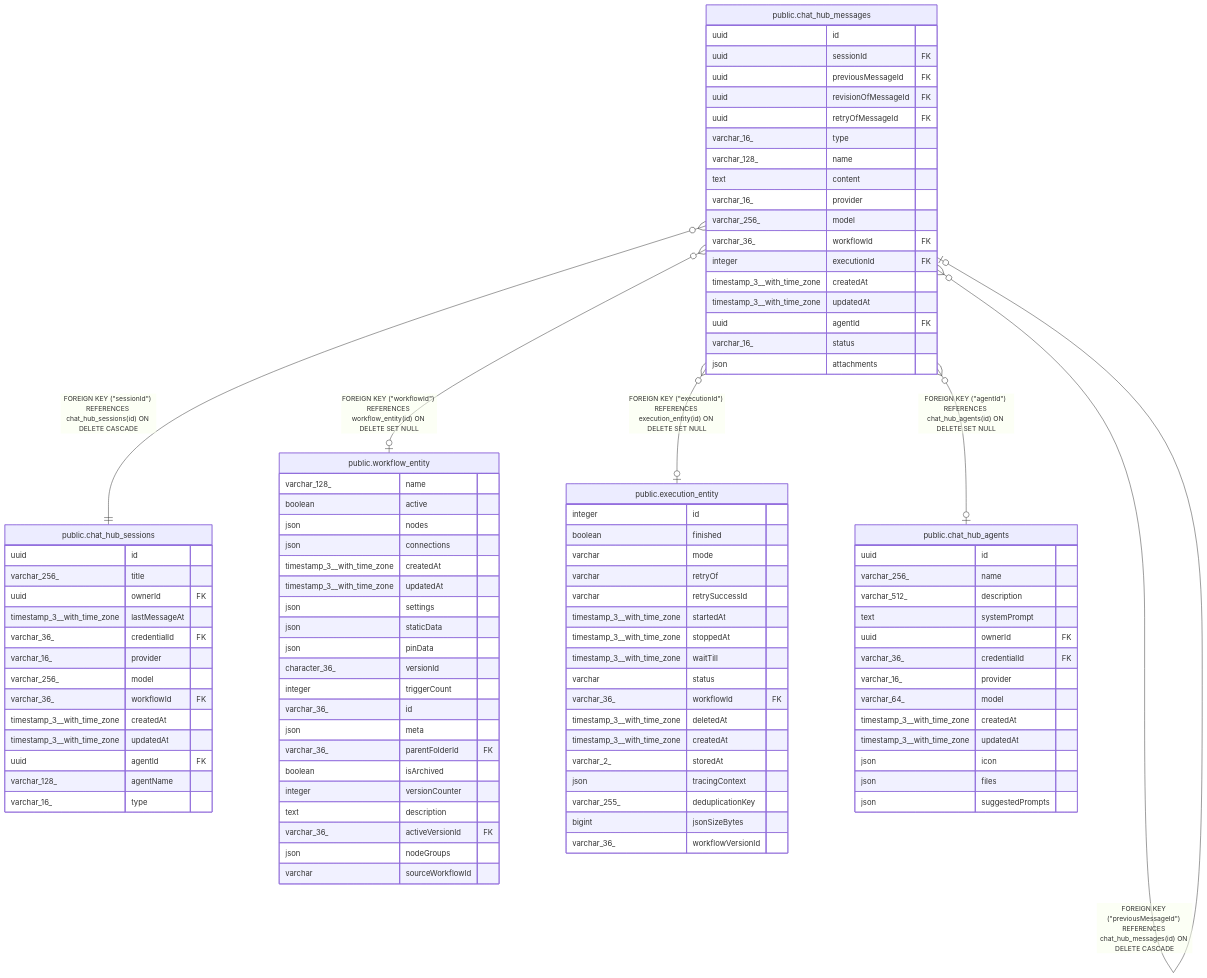
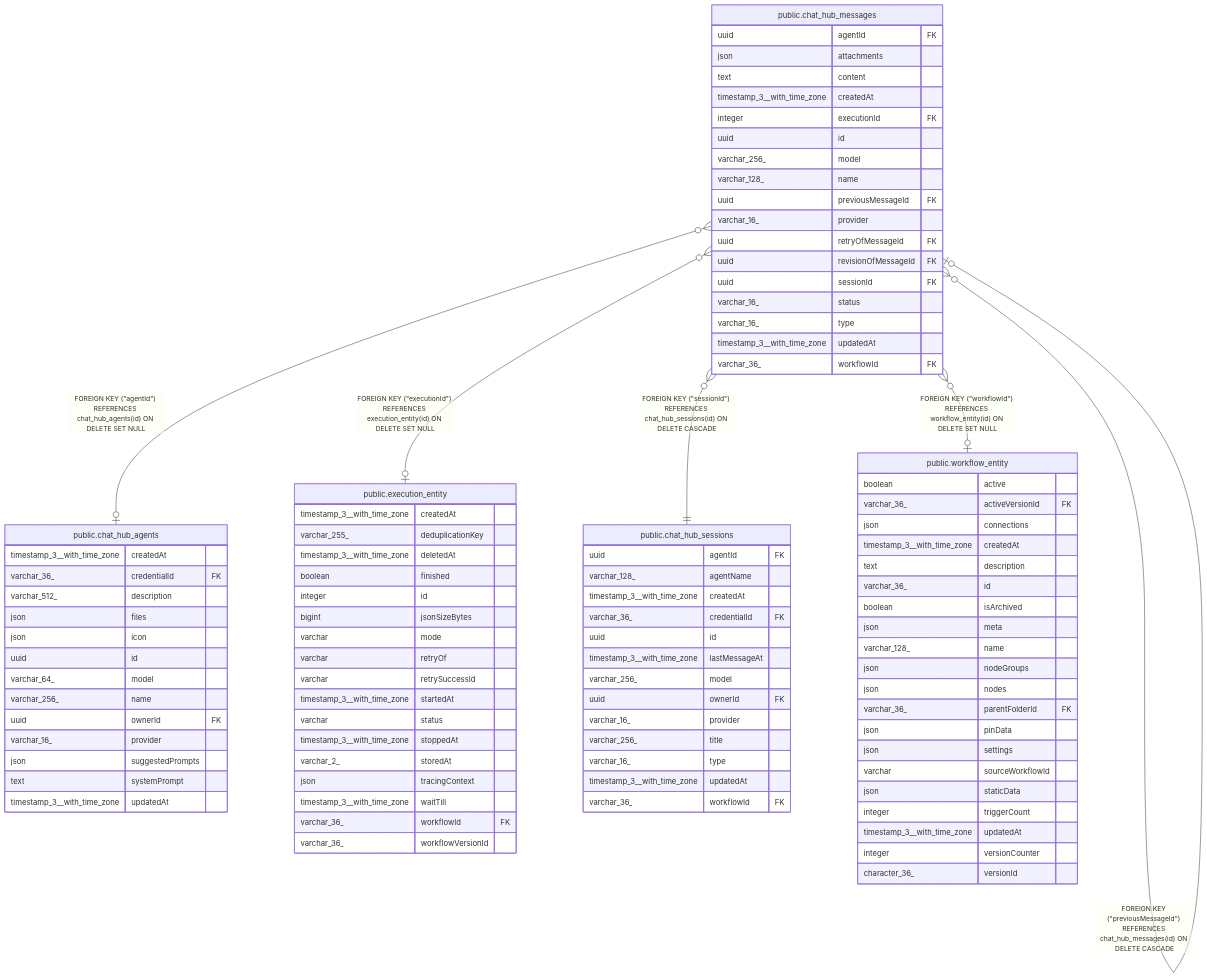
The diagram in docs/generated/postgres-schema/public.chat_hub_messages.md (mayankjain1815-commits/n8n), drawn with Mermaid before and after one commit. The commit also changed other lines of this file and 221 other files, not shown here.

Commit message:
chore(core): Make DB schema docs generation deterministic (#32373)

````diff
--- a/docs/generated/postgres-schema/public.chat_hub_messages.md
+++ b/docs/generated/postgres-schema/public.chat_hub_messages.md
@@ -55,102 +55,102 @@
 ```mermaid
 erDiagram
 
+"public.chat_hub_messages" }o--o| "public.chat_hub_agents" : "FOREIGN KEY (#quot;agentId#quot;) REFERENCES chat_hub_agents(id) ON DELETE SET NULL"
+"public.chat_hub_messages" }o--o| "public.execution_entity" : "FOREIGN KEY (#quot;executionId#quot;) REFERENCES execution_entity(id) ON DELETE SET NULL"
 "public.chat_hub_messages" }o--o| "public.chat_hub_messages" : "FOREIGN KEY (#quot;revisionOfMessageId#quot;) REFERENCES chat_hub_messages(id) ON DELETE CASCADE"
 "public.chat_hub_messages" }o--o| "public.chat_hub_messages" : "FOREIGN KEY (#quot;retryOfMessageId#quot;) REFERENCES chat_hub_messages(id) ON DELETE CASCADE"
 "public.chat_hub_messages" }o--o| "public.chat_hub_messages" : "FOREIGN KEY (#quot;previousMessageId#quot;) REFERENCES chat_hub_messages(id) ON DELETE CASCADE"
 "public.chat_hub_messages" }o--|| "public.chat_hub_sessions" : "FOREIGN KEY (#quot;sessionId#quot;) REFERENCES chat_hub_sessions(id) ON DELETE CASCADE"
 "public.chat_hub_messages" }o--o| "public.workflow_entity" : "FOREIGN KEY (#quot;workflowId#quot;) REFERENCES workflow_entity(id) ON DELETE SET NULL"
-"public.chat_hub_messages" }o--o| "public.execution_entity" : "FOREIGN KEY (#quot;executionId#quot;) REFERENCES execution_entity(id) ON DELETE SET NULL"
-"public.chat_hub_messages" }o--o| "public.chat_hub_agents" : "FOREIGN KEY (#quot;agentId#quot;) REFERENCES chat_hub_agents(id) ON DELETE SET NULL"
 
 "public.chat_hub_messages" {
+  uuid agentId FK
+  json attachments
+  text content
+  timestamp_3__with_time_zone createdAt
+  integer executionId FK
   uuid id
+  varchar_256_ model
+  varchar_128_ name
+  uuid previousMessageId FK
+  varchar_16_ provider
+  uuid retryOfMessageId FK
+  uuid revisionOfMessageId FK
   uuid sessionId FK
-  uuid previousMessageId FK
-  uuid revisionOfMessageId FK
-  uuid retryOfMessageId FK
+  varchar_16_ status
   varchar_16_ type
-  varchar_128_ name
-  text content
+  timestamp_3__with_time_zone updatedAt
+  varchar_36_ workflowId FK
+}
+"public.chat_hub_agents" {
+  timestamp_3__with_time_zone createdAt
+  varchar_36_ credentialId FK
+  varchar_512_ description
+  json files
+  json icon
+  uuid id
+  varchar_64_ model
+  varchar_256_ name
+  uuid ownerId FK
   varchar_16_ provider
-  varchar_256_ model
-  varchar_36_ workflowId FK
-  integer executionId FK
-  timestamp_3__with_time_zone createdAt
+  json suggestedPrompts
+  text systemPrompt
   timestamp_3__with_time_zone updatedAt
-  uuid agentId FK
-  varchar_16_ status
-  json attachments
-}
-"public.chat_hub_sessions" {
-  uuid id
-  varchar_256_ title
-  uuid ownerId FK
-  timestamp_3__with_time_zone lastMessageAt
-  varchar_36_ credentialId FK
-  varchar_16_ provider
-  varchar_256_ model
-  varchar_36_ workflowId FK
-  timestamp_3__with_time_zone createdAt
-  timestamp_3__with_time_zone updatedAt
-  uuid agentId FK
-  varchar_128_ agentName
-  varchar_16_ type
-}
-"public.workflow_entity" {
-  varchar_128_ name
-  boolean active
-  json nodes
-  json connections
-  timestamp_3__with_time_zone createdAt
-  timestamp_3__with_time_zone updatedAt
-  json settings
-  json staticData
-  json pinData
-  character_36_ versionId
-  integer triggerCount
-  varchar_36_ id
-  json meta
-  varchar_36_ parentFolderId FK
-  boolean isArchived
-  integer versionCounter
-  text description
-  varchar_36_ activeVersionId FK
-  json nodeGroups
-  varchar sourceWorkflowId
 }
 "public.execution_entity" {
+  timestamp_3__with_time_zone createdAt
+  varchar_255_ deduplicationKey
+  timestamp_3__with_time_zone deletedAt
+  boolean finished
   integer id
-  boolean finished
+  bigint jsonSizeBytes
   varchar mode
   varchar retryOf
   varchar retrySuccessId
   timestamp_3__with_time_zone startedAt
+  varchar status
   timestamp_3__with_time_zone stoppedAt
-  timestamp_3__with_time_zone waitTill
-  varchar status
-  varchar_36_ workflowId FK
-  timestamp_3__with_time_zone deletedAt
-  timestamp_3__with_time_zone createdAt
   varchar_2_ storedAt
   json tracingContext
-  varchar_255_ deduplicationKey
-  bigint jsonSizeBytes
+  timestamp_3__with_time_zone waitTill
+  varchar_36_ workflowId FK
   varchar_36_ workflowVersionId
 }
-"public.chat_hub_agents" {
+"public.chat_hub_sessions" {
+  uuid agentId FK
+  varchar_128_ agentName
+  timestamp_3__with_time_zone createdAt
+  varchar_36_ credentialId FK
   uuid id
-  varchar_256_ name
-  varchar_512_ description
-  text systemPrompt
+  timestamp_3__with_time_zone lastMessageAt
+  varchar_256_ model
   uuid ownerId FK
-  varchar_36_ credentialId FK
   varchar_16_ provider
-  varchar_64_ model
+  varchar_256_ title
+  varchar_16_ type
+  timestamp_3__with_time_zone updatedAt
+  varchar_36_ workflowId FK
+}
+"public.workflow_entity" {
+  boolean active
+  varchar_36_ activeVersionId FK
+  json connections
   timestamp_3__with_time_zone createdAt
+  text description
+  varchar_36_ id
+  boolean isArchived
+  json meta
+  varchar_128_ name
+  json nodeGroups
+  json nodes
+  varchar_36_ parentFolderId FK
+  json pinData
+  json settings
+  varchar sourceWorkflowId
+  json staticData
+  integer triggerCount
   timestamp_3__with_time_zone updatedAt
-  json icon
-  json files
-  json suggestedPrompts
+  integer versionCounter
+  character_36_ versionId
 }
 ```
````
